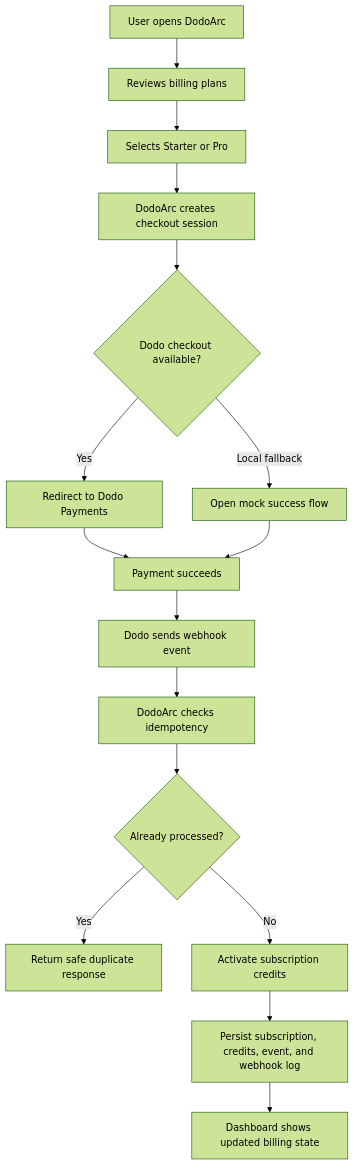
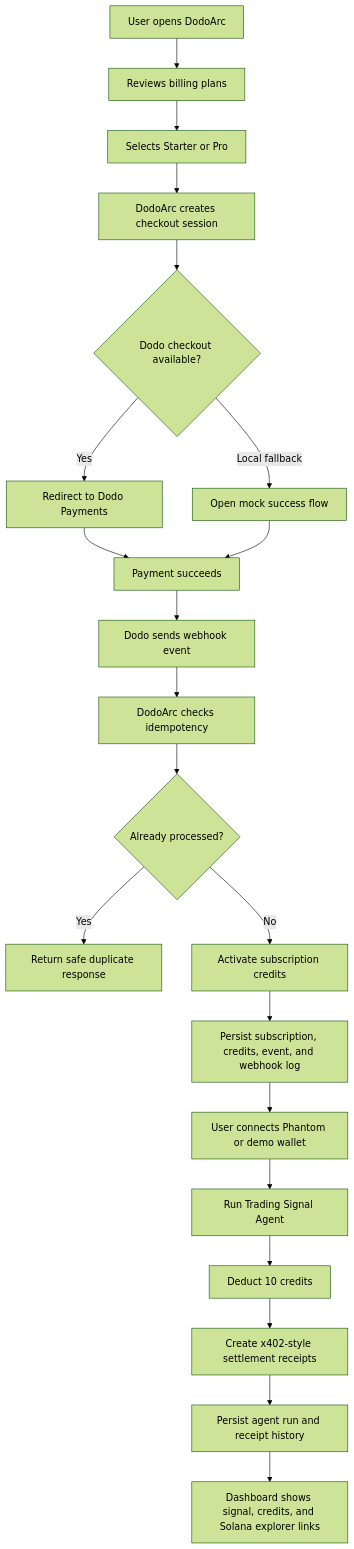
The second of 4 diagrams in README.md (ShivamSoni20/DodoArc), drawn with Mermaid (forest theme) before and after one commit. The commit also changed other lines of this file and 16 other files, not shown here.

````diff
--- a/README.md
+++ b/README.md
@@ -91,18 +124,23 @@
 ```mermaid
 flowchart TD
     A["User opens DodoArc"] --> B["Reviews billing plans"]
     B --> C["Selects Starter or Pro"]
     C --> D["DodoArc creates checkout session"]
     D --> E{"Dodo checkout available?"}
     E -->|Yes| F["Redirect to Dodo Payments"]
     E -->|Local fallback| G["Open mock success flow"]
     F --> H["Payment succeeds"]
     G --> H
     H --> I["Dodo sends webhook event"]
     I --> J["DodoArc checks idempotency"]
     J --> K{"Already processed?"}
     K -->|Yes| L["Return safe duplicate response"]
     K -->|No| M["Activate subscription credits"]
     M --> N["Persist subscription, credits, event, and webhook log"]
-    N --> O["Dashboard shows updated billing state"]
+    N --> O["User connects Phantom or demo wallet"]
+    O --> P["Run Trading Signal Agent"]
+    P --> Q["Deduct 10 credits"]
+    Q --> R["Create x402-style settlement receipts"]
+    R --> S["Persist agent run and receipt history"]
+    S --> T["Dashboard shows signal, credits, and Solana explorer links"]
 ```
````
